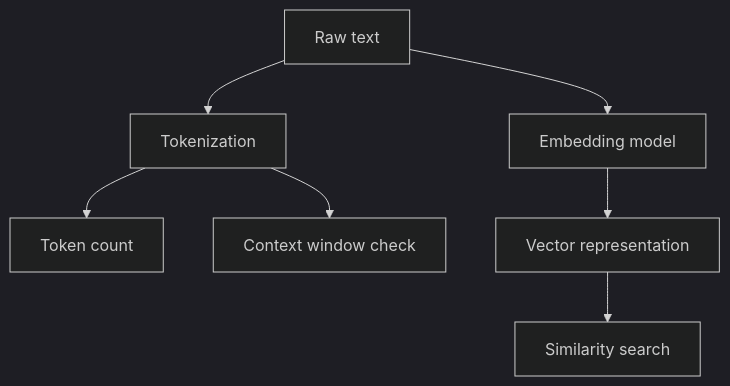
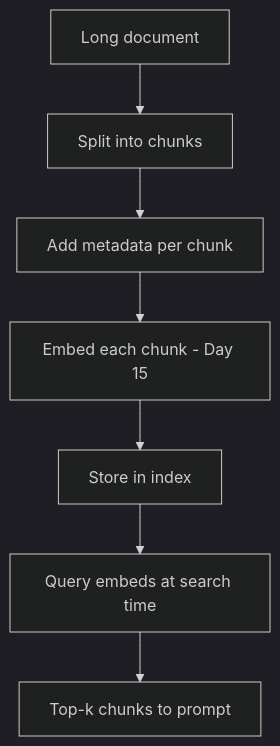
Before and after one commit to Asabeneh/30-Days-Of-AI-Engineering: the eighth of 14 diagrams in day_03/day_03_tokens_context_windows_and_embeddings.md, drawn with Mermaid (dark theme). The commit also changed other lines of this file and 49 other files, not shown here.

````diff
--- a/day_03/day_03_tokens_context_windows_and_embeddings.md
+++ b/day_03/day_03_tokens_context_windows_and_embeddings.md
@@ -148,9 +362,9 @@
 ```mermaid
 flowchart TD
-        A[Raw text] --> B[Tokenization]
-        B --> C[Token count]
-        B --> D[Context window check]
-        A --> E[Embedding model]
-        E --> F[Vector representation]
-        F --> G[Similarity search]
+    A[Long document] --> B[Split into chunks]
+    B --> C[Add metadata per chunk]
+    C --> D[Embed each chunk - Day 15]
+    D --> E[Store in index]
+    E --> F[Query embeds at search time]
+    F --> G[Top-k chunks to prompt]
 ```
````
